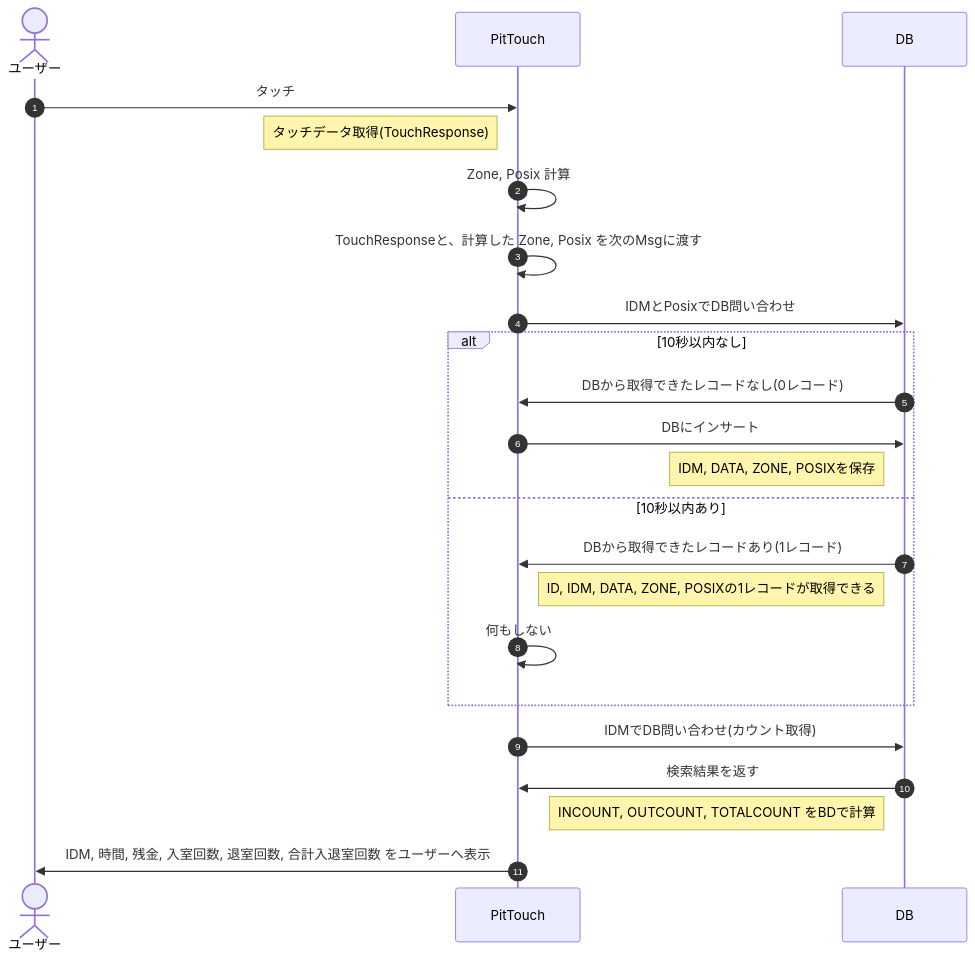
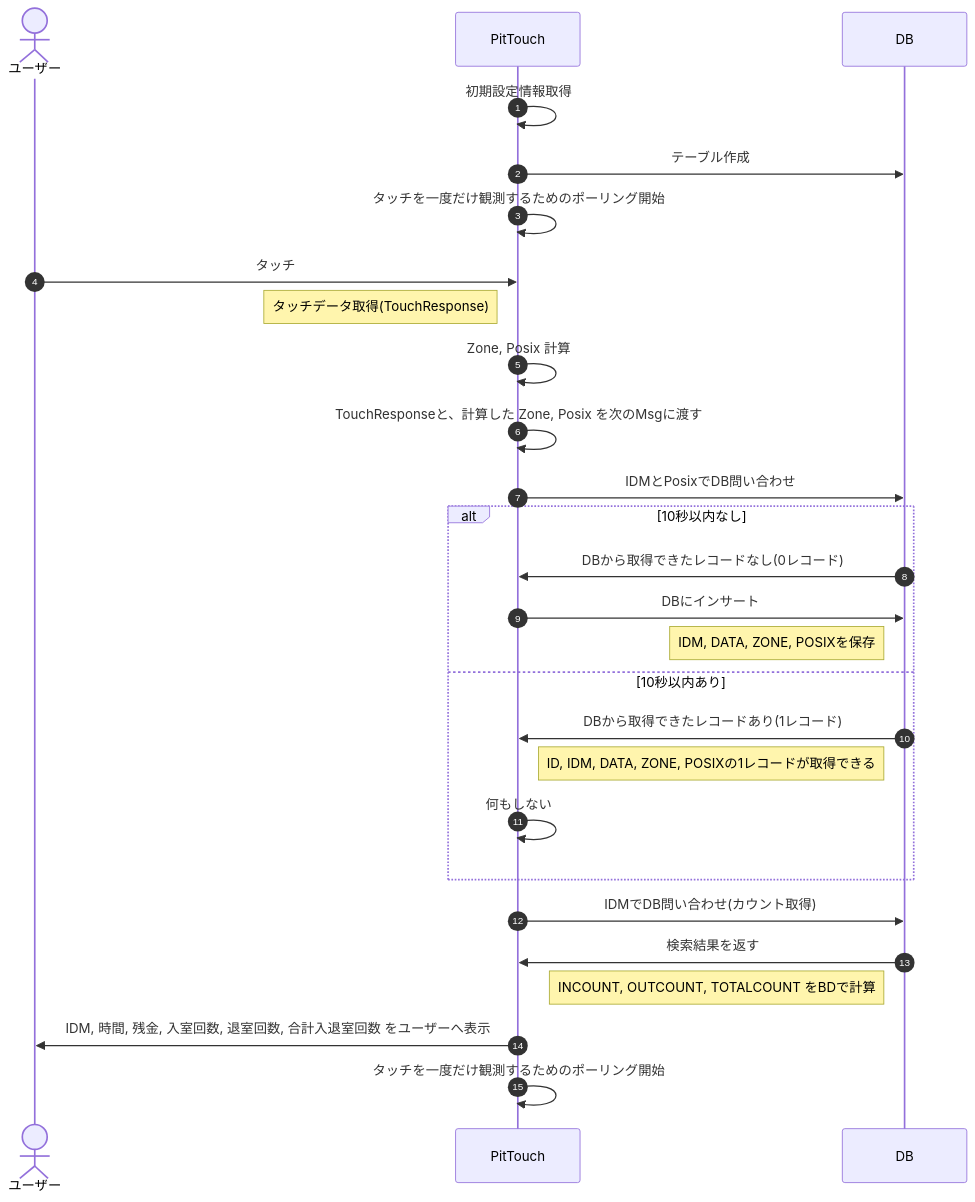
The diagram in PitTouchFlow.md (aikosawa/PitTouchStudy-Prooperate-websql-example), drawn with Mermaid before and after one commit. The commit also changed 2 other files, not shown here.

Commit message:
10秒判定(簡単ver)

````diff
--- a/PitTouchFlow.md
+++ b/PitTouchFlow.md
@@ -1,30 +1,34 @@
 ::: mermaid
 sequenceDiagram
     autonumber
     actor ユーザー
     participant pittouch as PitTouch
     participant db as DB
+    pittouch->>pittouch: 初期設定情報取得
+    pittouch->>db: テーブル作成
+    pittouch->>pittouch: タッチを一度だけ観測するためのポーリング開始
     ユーザー->>pittouch: タッチ
     Note left of pittouch: タッチデータ取得(TouchResponse)
     pittouch->>pittouch: Zone, Posix 計算
     pittouch->>pittouch: TouchResponseと、計算した Zone, Posix を次のMsgに渡す
     pittouch->>db: IDMとPosixでDB問い合わせ
     alt 10秒以内なし
         db->>pittouch: DBから取得できたレコードなし(0レコード)
         pittouch->>db: DBにインサート
         Note left of db: IDM, DATA, ZONE, POSIXを保存
     else 10秒以内あり
         db->>pittouch: DBから取得できたレコードあり(1レコード)
         Note left of db: ID, IDM, DATA, ZONE, POSIXの1レコードが取得できる
         pittouch->>pittouch: 何もしない
     end
     pittouch->>db: IDMでDB問い合わせ(カウント取得)
     db->>pittouch: 検索結果を返す
     Note left of db: INCOUNT, OUTCOUNT, TOTALCOUNT をBDで計算
     pittouch->>ユーザー: IDM, 時間, 残金, 入室回数, 退室回数, 合計入退室回数 をユーザーへ表示
+    pittouch->>pittouch: タッチを一度だけ観測するためのポーリング開始
     
 
 %% ```mermaid
 %%  この中にMermaid記法
 %% ```
 :::
````
